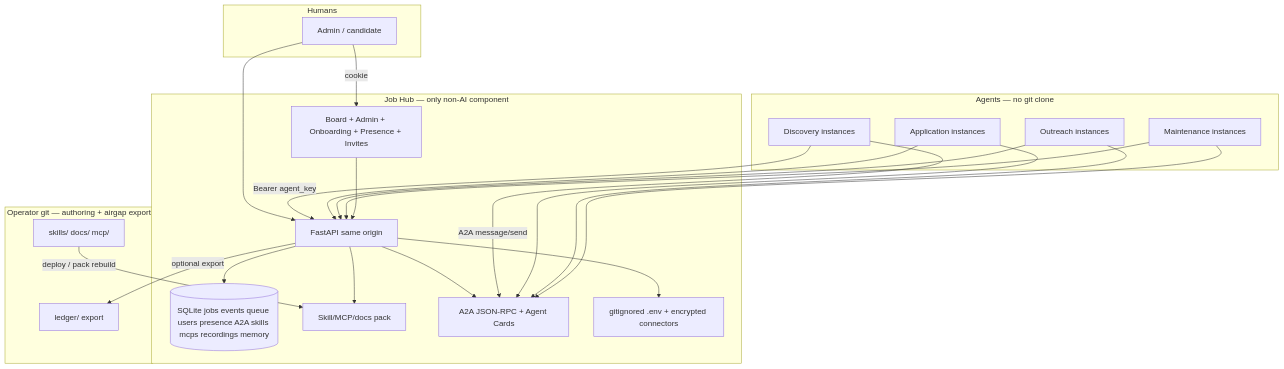
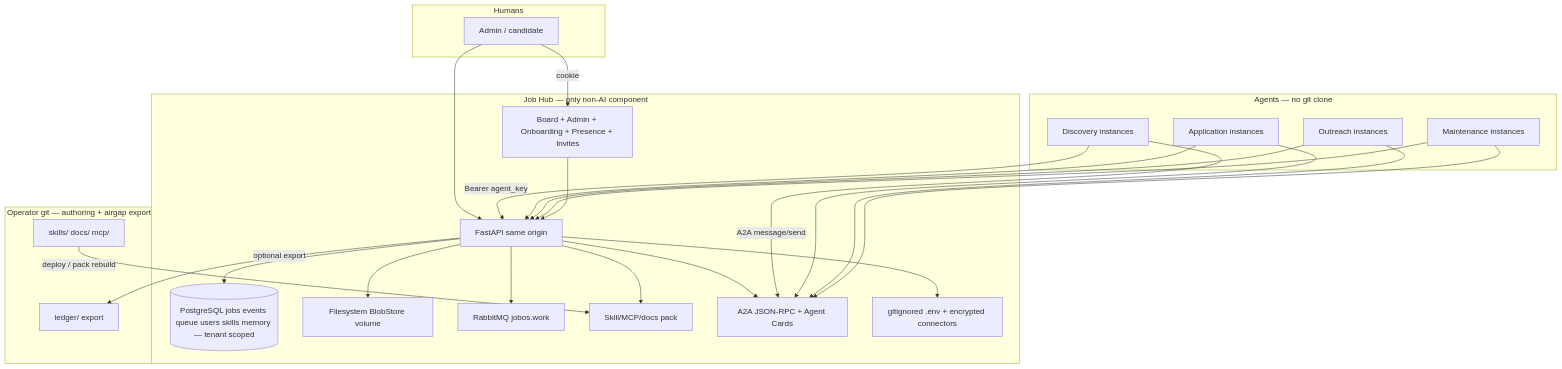
One commit to unownone/jobos changed the diagram in docs/job-hub/02-architecture.md. Above: the diagram before and after it, drawn with Mermaid. The commit also changed other lines of this file and 15 other files, not shown here.

````diff
--- a/docs/job-hub/02-architecture.md
+++ b/docs/job-hub/02-architecture.md
@@ -9,45 +9,49 @@
 ```mermaid
 flowchart TB
   subgraph humans [Humans]
     admin[Admin / candidate]
   end
 
   subgraph agents [Agents — no git clone]
     d[Discovery instances]
     a[Application instances]
     o[Outreach instances]
     m[Maintenance instances]
   end
 
   subgraph hub [Job Hub — only non-AI component]
     api[FastAPI same origin]
     ui[Board + Admin + Onboarding + Presence + Invites]
-    db[(SQLite jobs events queue users presence A2A skills mcps recordings memory)]
+    db[(PostgreSQL jobs events queue users skills memory — tenant scoped)]
+    blobs[Filesystem BlobStore volume]
+    mq[RabbitMQ jobos.work]
     pack[Skill/MCP/docs pack]
     a2a[A2A JSON-RPC + Agent Cards]
     secrets[gitignored .env + encrypted connectors]
   end
 
   subgraph git [Operator git — authoring + airgap export]
     skills[skills/ docs/ mcp/]
     ledger[ledger/ export]
   end
 
   admin -->|cookie| ui
   admin --> api
   d -->|Bearer agent_key| api
   a --> api
   o --> api
   m --> api
   api --> db
+  api --> blobs
+  api --> mq
   api --> pack
   api --> a2a
   api --> secrets
   d -->|A2A message/send| a2a
   a --> a2a
   o --> a2a
   m --> a2a
   skills -->|deploy / pack rebuild| pack
   api -->|optional export| ledger
   ui --> api
 ```
````
